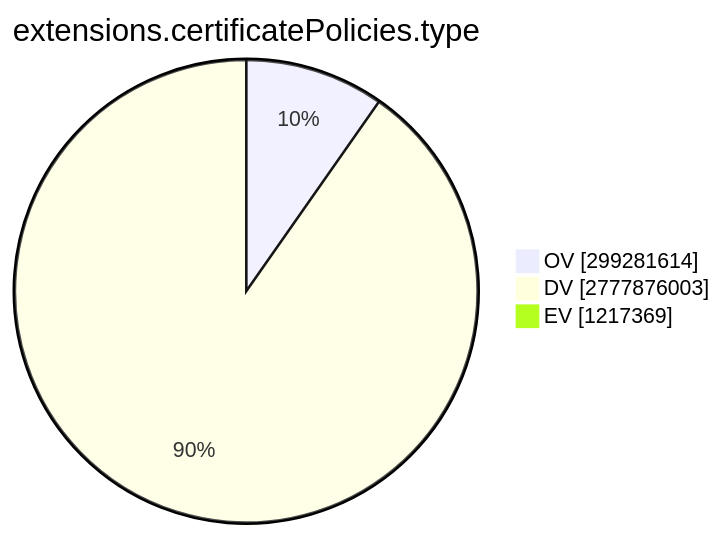
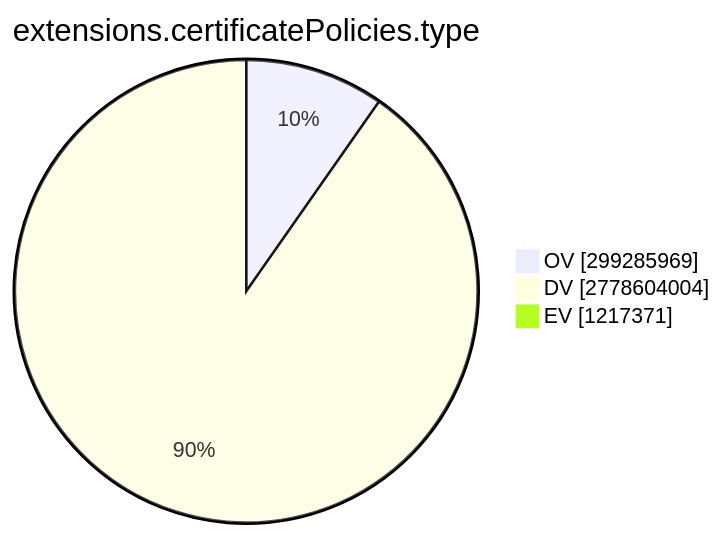
One commit to christiankrug/ctmonitor_visualization changed the ninth of 15 diagrams in TOTAL/README.md. Above: the diagram before and after it, drawn with Mermaid. The commit also changed other lines of this file, not shown here.

````diff
--- a/TOTAL/README.md
+++ b/TOTAL/README.md
@@ -3101,7 +3101,7 @@
 ```mermaid
 pie showData
 title extensions.certificatePolicies.type
-"OV" :299281614
-"DV" :2777876003
-"EV" :1217369
+"OV" :299285969
+"DV" :2778604004
+"EV" :1217371
 ```
````
